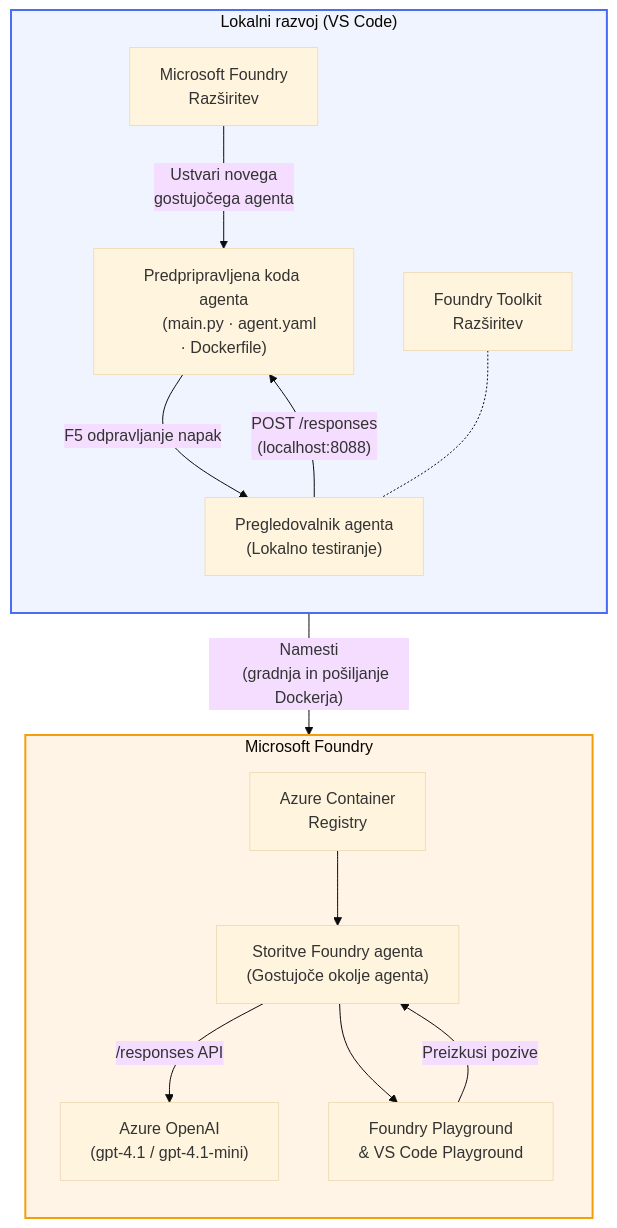
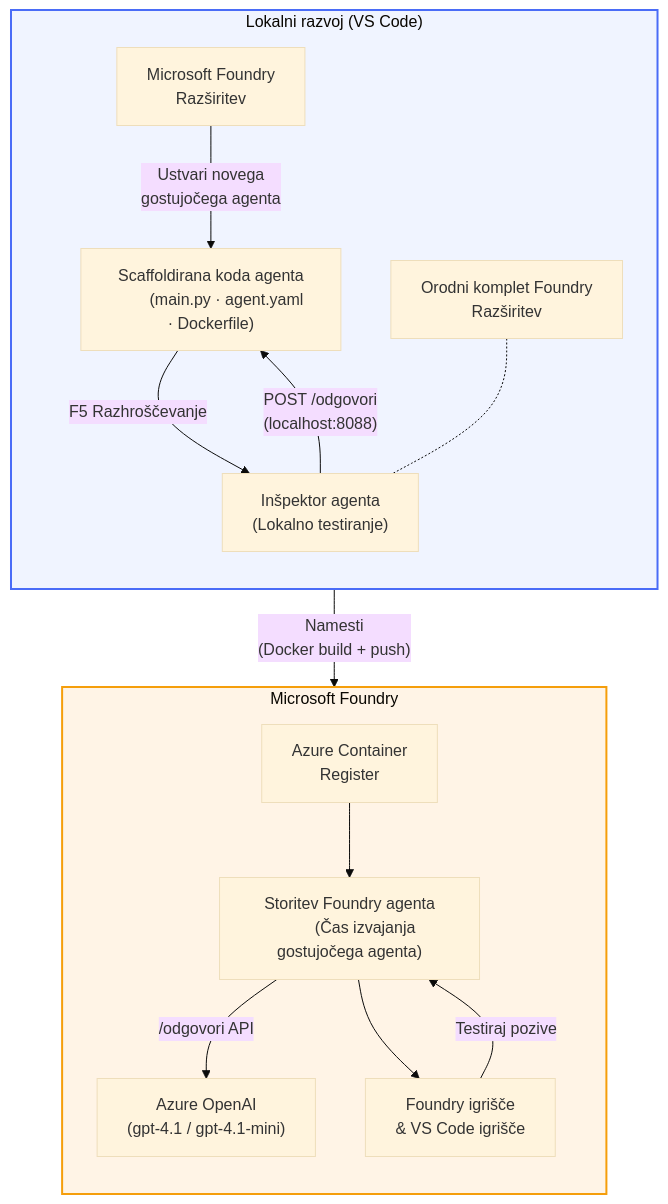
The diagram in translations/sl/README.md (microsoft-foundry/Foundry_Toolkit_for_VSCode_Lab), drawn with Mermaid (base theme) before and after one commit. The commit also changed other lines of this file and 110 other files, not shown here.

````diff
--- a/translations/sl/README.md
+++ b/translations/sl/README.md
@@ -48,42 +52,42 @@
 ```mermaid
 flowchart TB
     subgraph Local["Lokalni razvoj (VS Code)"]
         direction TB
         FE["Microsoft Foundry
         Razširitev"]
-        FoundryToolkit["Foundry Toolkit
+        FoundryToolkit["Orodni komplet Foundry
         Razširitev"]
-        Scaffold["Predpripravljena koda agenta
+        Scaffold["Scaffoldirana koda agenta
         (main.py · agent.yaml · Dockerfile)"]
-        Inspector["Pregledovalnik agenta
+        Inspector["Inšpektor agenta
         (Lokalno testiranje)"]
         FE -- "Ustvari novega
         gostujočega agenta" --> Scaffold
-        Scaffold -- "F5 odpravljanje napak" --> Inspector
+        Scaffold -- "F5 Razhroščevanje" --> Inspector
         FoundryToolkit -.- Inspector
     end
 
     subgraph Cloud["Microsoft Foundry"]
         direction TB
         ACR["Azure Container
-        Registry"]
-        AgentService["Storitve Foundry agenta
-        (Gostujoče okolje agenta)"]
+        Register"]
+        AgentService["Storitev Foundry agenta
+        (Čas izvajanja gostujočega agenta)"]
         Model["Azure OpenAI
         (gpt-4.1 / gpt-4.1-mini)"]
-        Playground["Foundry Playground
-        & VS Code Playground"]
+        Playground["Foundry igrišče
+        & VS Code igrišče"]
         ACR --> AgentService
-        AgentService -- "/responses API" --> Model
+        AgentService -- "/odgovori API" --> Model
         AgentService --> Playground
     end
 
     Scaffold -- "Namesti
-    (gradnja in pošiljanje Dockerja)" --> ACR
-    Inspector -- "POST /responses
+    (Docker build + push)" --> ACR
+    Inspector -- "POST /odgovori
     (localhost:8088)" --> Scaffold
-    Playground -- "Preizkusi pozive" --> AgentService
+    Playground -- "Testiraj pozive" --> AgentService
 
     style Local fill:#f0f4ff,stroke:#4a6cf7,stroke-width:2px
     style Cloud fill:#fff4e6,stroke:#f59e0b,stroke-width:2px
 ```
````
